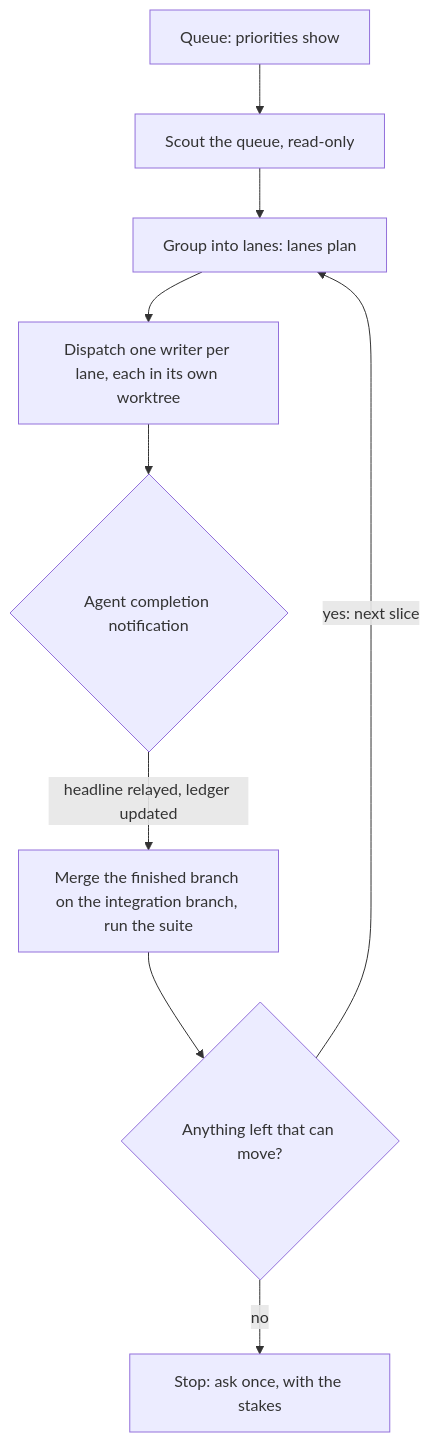
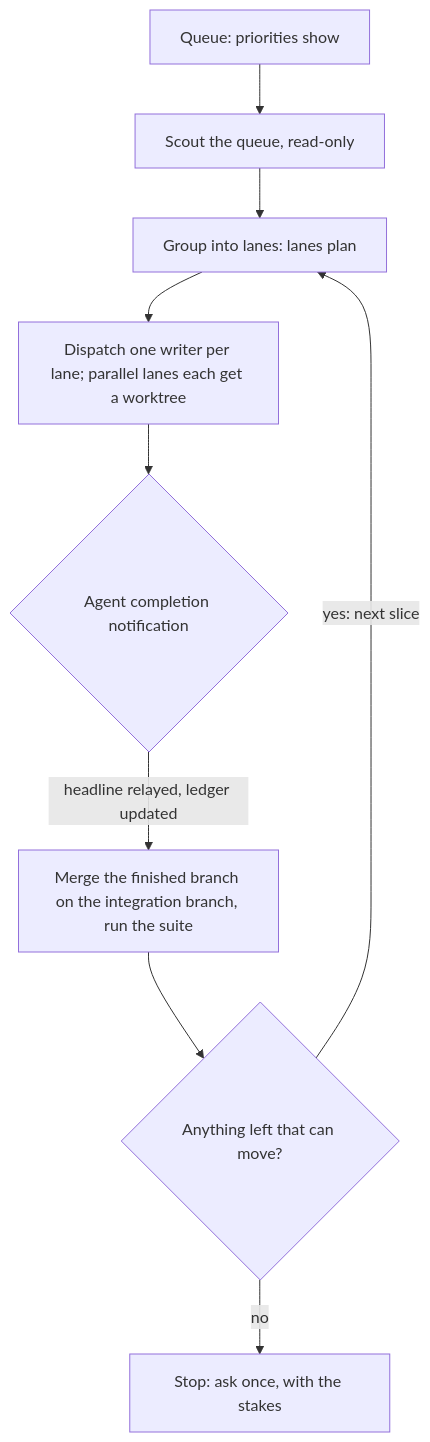
Before and after one commit to jackreichert/the-maestro: the diagram in bolero/SKILL.md, drawn with Mermaid. The commit also changed other lines of this file, not shown here.

````diff
--- a/bolero/SKILL.md
+++ b/bolero/SKILL.md
@@ -30,11 +30,11 @@
 ```mermaid
 flowchart TD
   Q[Queue: priorities show] --> S[Scout the queue, read-only]
   S --> L[Group into lanes: lanes plan]
-  L --> D[Dispatch one writer per lane, each in its own worktree]
+  L --> D[Dispatch one writer per lane; parallel lanes each get a worktree]
   D --> W{Agent completion notification}
   W -->|headline relayed, ledger updated| M[Merge the finished branch on the integration branch, run the suite]
   M --> N{Anything left that can move?}
   N -->|yes: next slice| L
   N -->|no| B[Stop: ask once, with the stakes]
 ```
````
